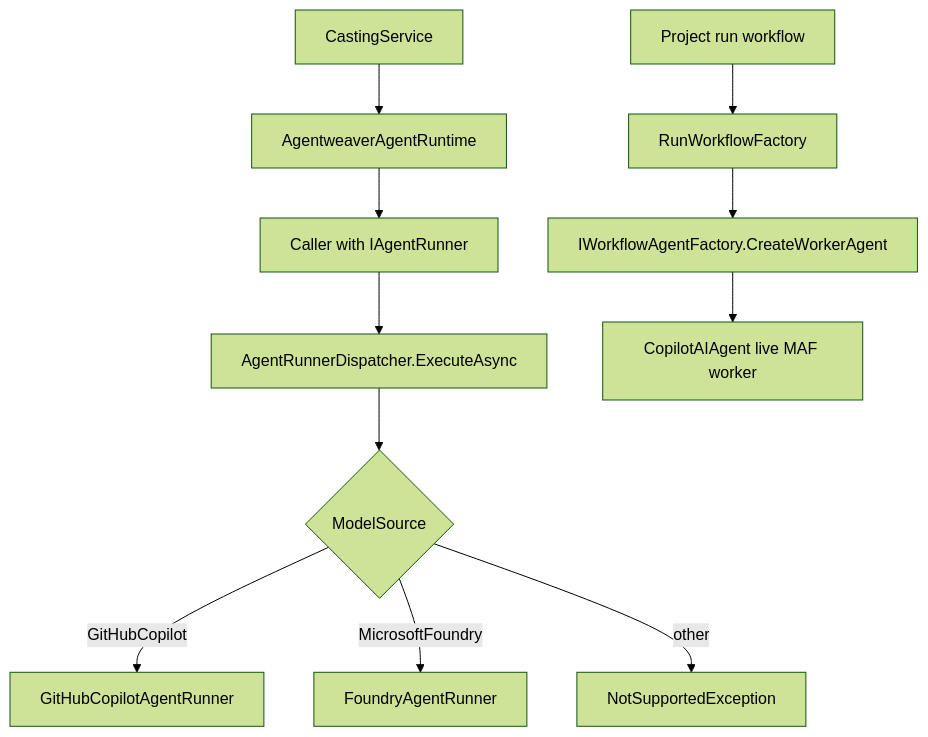
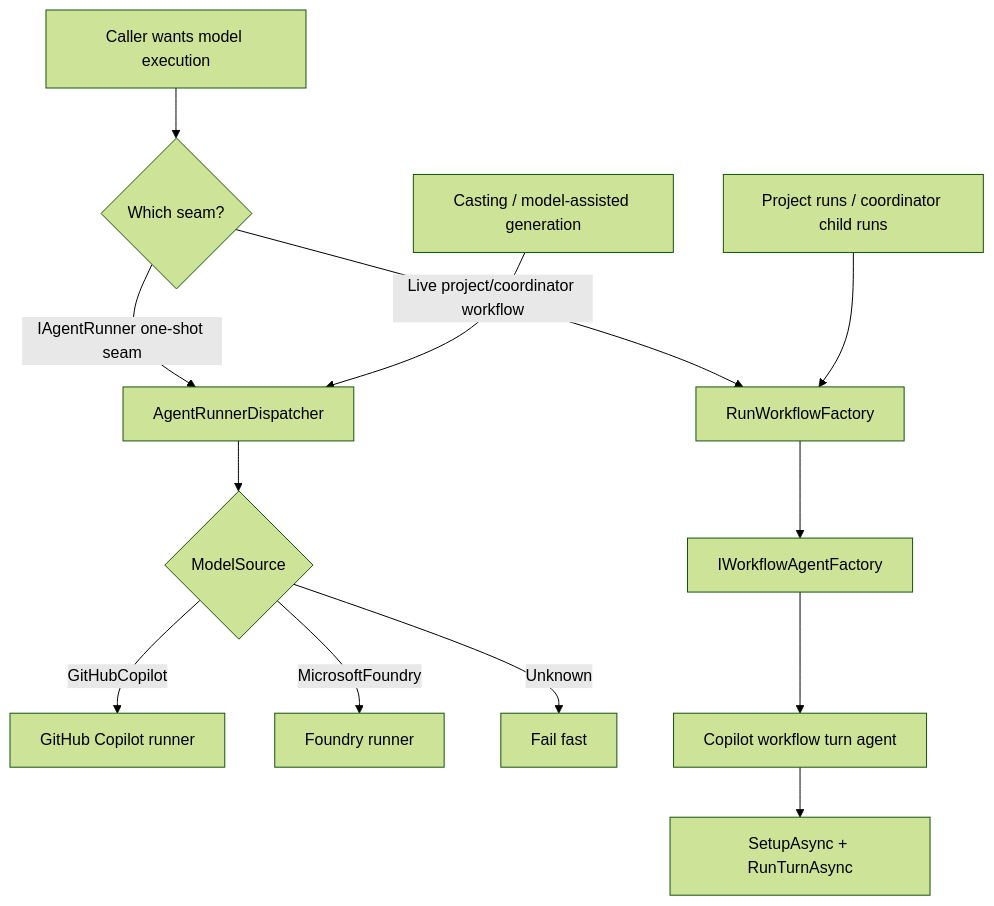
One commit to sabbour/agentweaver changed the second of 3 diagrams in docs/deep-dive/agent-runtime.md. Above: the diagram before and after it, drawn with Mermaid (forest theme). The commit also changed other lines of this file and 12 other files, not shown here.

````diff
--- a/docs/deep-dive/agent-runtime.md
+++ b/docs/deep-dive/agent-runtime.md
@@ -41,15 +190,18 @@
 ```mermaid
 flowchart TD
-    A[Caller with IAgentRunner] --> B[AgentRunnerDispatcher.ExecuteAsync]
-    B --> C{ModelSource}
-    C -->|GitHubCopilot| D[GitHubCopilotAgentRunner]
-    C -->|MicrosoftFoundry| E[FoundryAgentRunner]
-    C -->|other| F[NotSupportedException]
+    A[Caller wants model execution] --> B{Which seam?}
 
-    G[Project run workflow] --> H[RunWorkflowFactory]
-    H --> I[IWorkflowAgentFactory.CreateWorkerAgent]
-    I --> J[CopilotAIAgent live MAF worker]
+    B -->|IAgentRunner one-shot seam| C[AgentRunnerDispatcher]
+    C --> D{ModelSource}
+    D -->|GitHubCopilot| E[GitHub Copilot runner]
+    D -->|MicrosoftFoundry| F[Foundry runner]
+    D -->|Unknown| G[Fail fast]
 
-    K[CastingService] --> L[AgentweaverAgentRuntime]
-    L --> A
+    B -->|Live project/coordinator workflow| H[RunWorkflowFactory]
+    H --> I[IWorkflowAgentFactory]
+    I --> J[Copilot workflow turn agent]
+    J --> K[SetupAsync + RunTurnAsync]
+
+    L[Casting / model-assisted generation] --> C
+    M[Project runs / coordinator child runs] --> H
 ```
````
